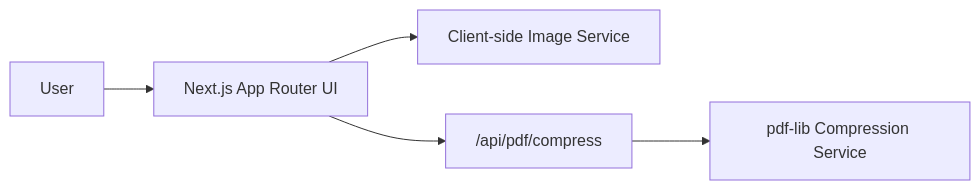
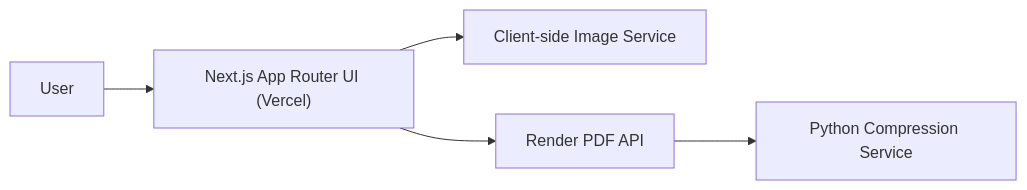
One commit to ribhavjain22/ServerlessMediaResizer changed the diagram in ARCHITECTURE.md. Above: the diagram before and after it, drawn with Mermaid. The commit also changed other lines of this file and 10 other files, not shown here.

````diff
--- a/ARCHITECTURE.md
+++ b/ARCHITECTURE.md
@@ -15,7 +15,7 @@
 ```mermaid
 flowchart LR
-    U["User"] --> UI["Next.js App Router UI"]
+    U["User"] --> UI["Next.js App Router UI (Vercel)"]
     UI --> IMG["Client-side Image Service"]
-    UI --> PDF["/api/pdf/compress"]
-    PDF --> CORE["pdf-lib Compression Service"]
+    UI --> PDF["Render PDF API"]
+    PDF --> CORE["Python Compression Service"]
 ```
````
